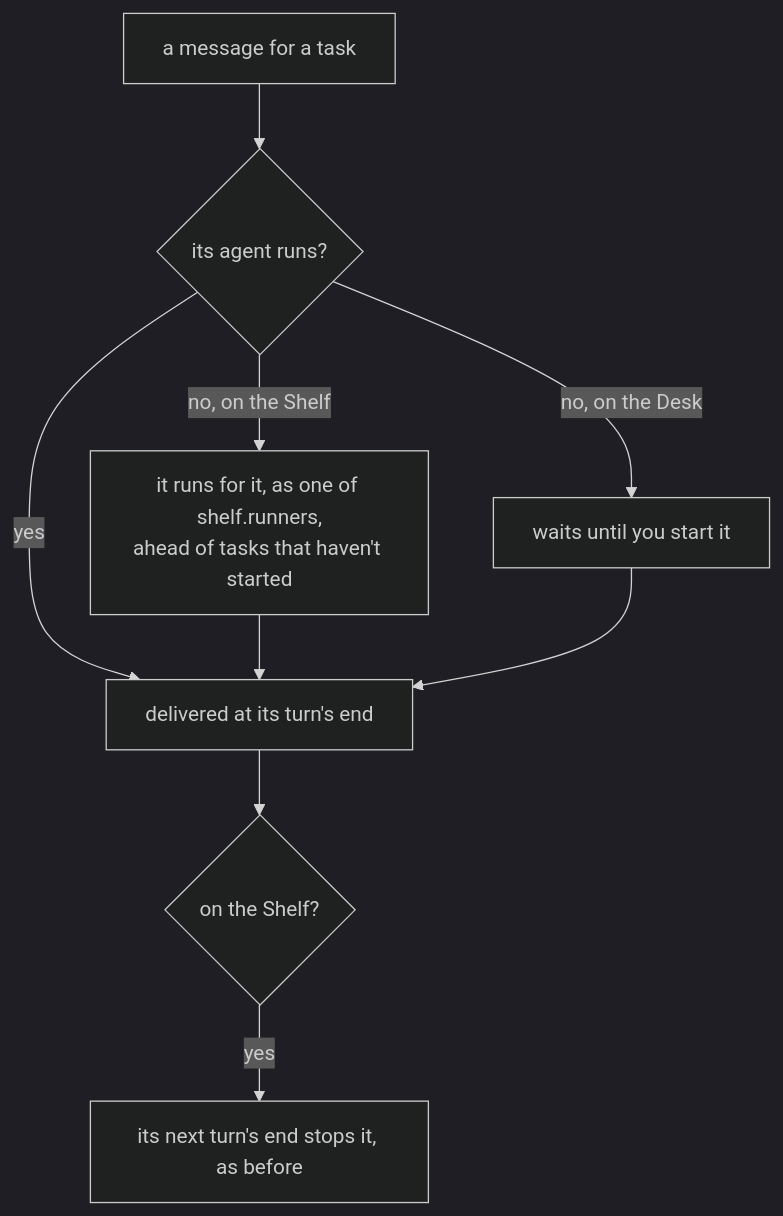
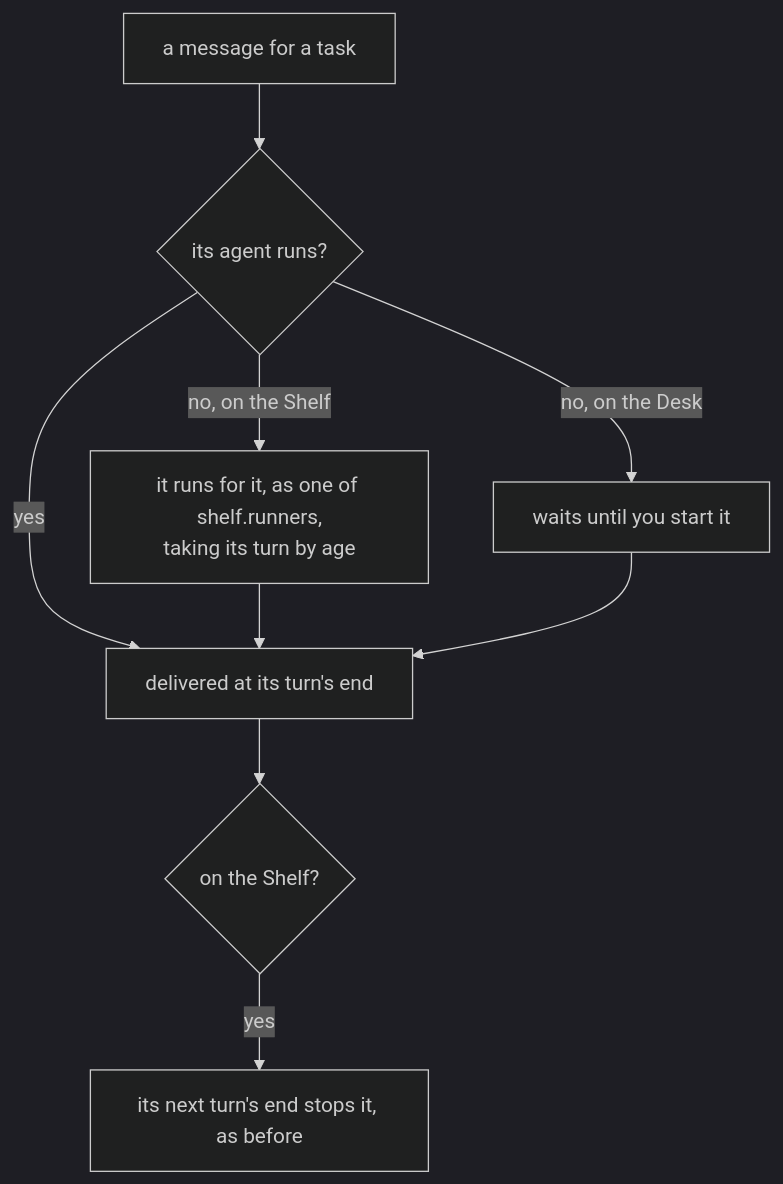
One commit to tampopogk/kanna changed the third of 3 diagrams in docs/specs/agent-messaging.md. Above: the diagram before and after it, drawn with Mermaid (dark theme). The commit also changed other lines of this file and 3 other files, not shown here.

Commit message:
Shelf runners take one queue by age: the oldest task with something to do, never started or stopped with a message waiting; a message no longer jumps new work; Tasks::candidates; unit test of the order; e2e shelf_runners with one runner (docs/specs/shelf-runners.md, docs/specs/agent-messaging.md)

````diff
--- a/docs/specs/agent-messaging.md
+++ b/docs/specs/agent-messaging.md
@@ -66,11 +66,11 @@
 ```mermaid
 flowchart TD
     M["a message for a task"] --> R{"its agent runs?"}
     R -->|yes| W["delivered at its turn's end"]
-    R -->|"no, on the Shelf"| B["it runs for it, as one of shelf.runners,<br/>ahead of tasks that haven't started"]
+    R -->|"no, on the Shelf"| B["it runs for it, as one of shelf.runners,<br/>taking its turn by age"]
     B --> W
     R -->|"no, on the Desk"| S["waits until you start it"]
     S --> W
     W --> E{"on the Shelf?"}
     E -->|yes| X["its next turn's end stops it, as before"]
 ```
````
